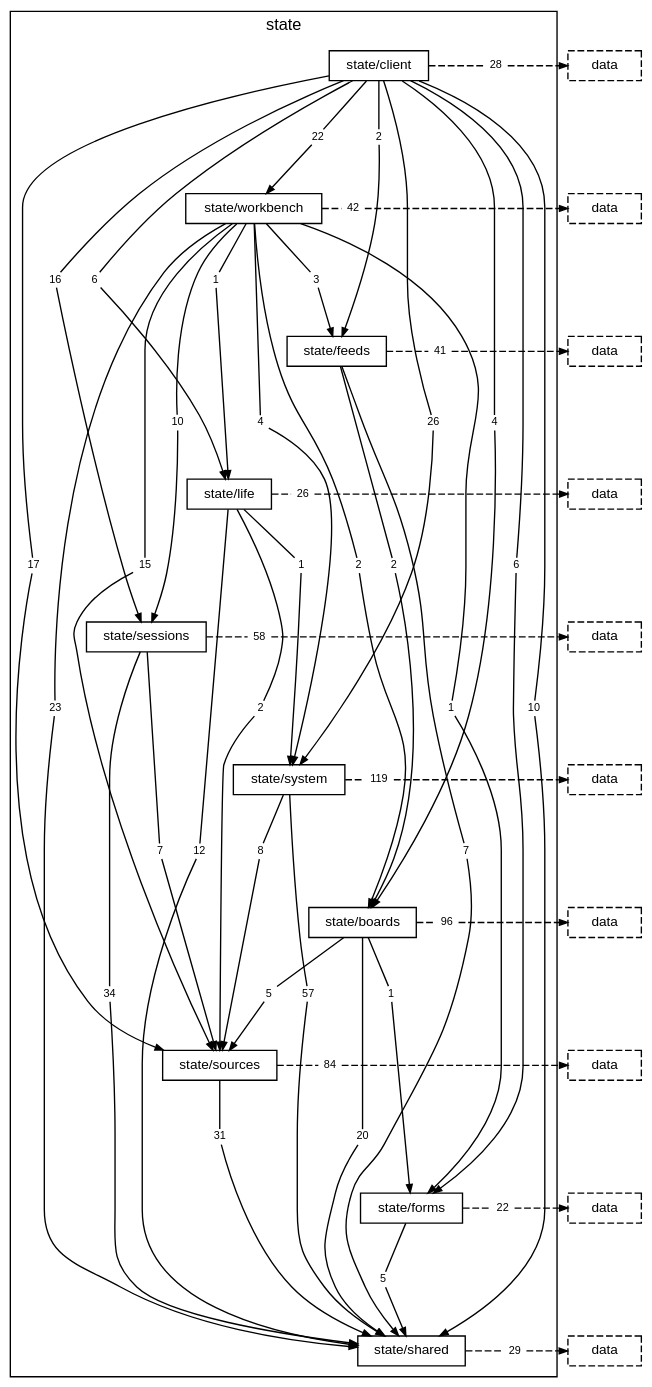
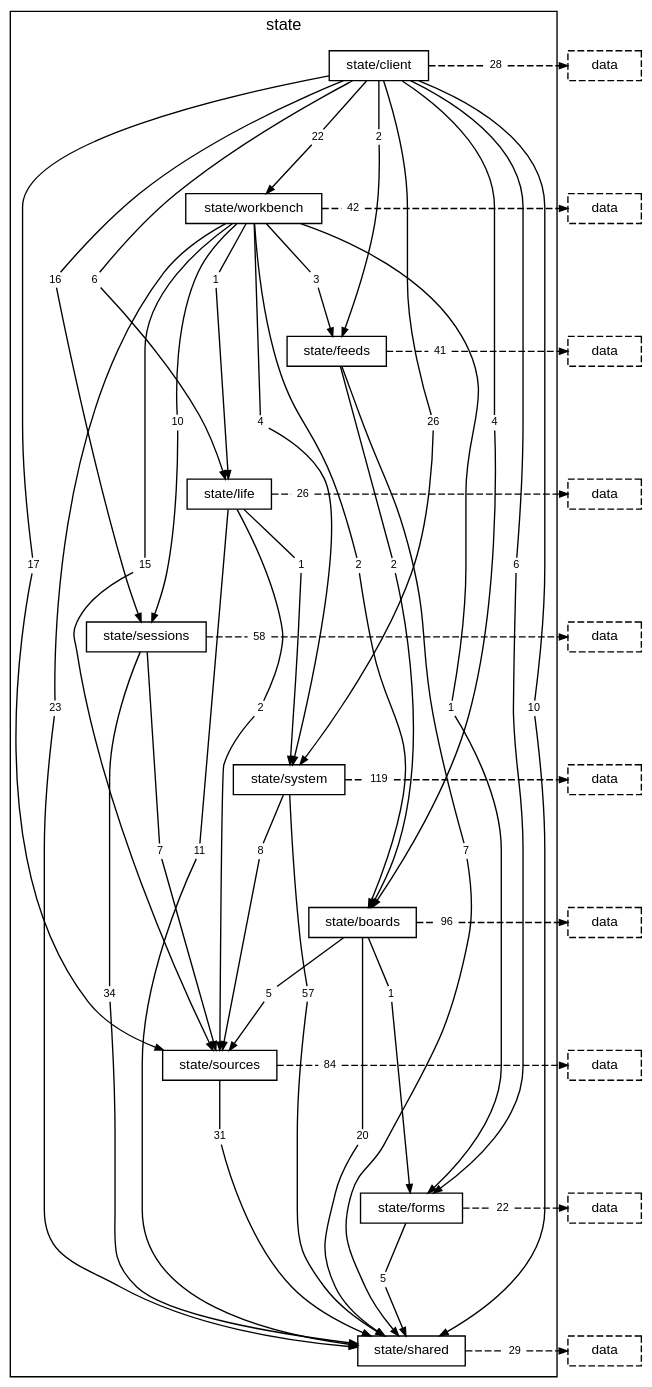
Before and after one commit to TheAxeC/oculus: the diagram in docs/diagrams/layer-state.dot, drawn with Graphviz. The commit also changed 56 other files, not shown here.

```diff
--- a/docs/diagrams/layer-state.dot
+++ b/docs/diagrams/layer-state.dot
@@ -36,7 +36,7 @@
         "folder state/feeds to folder state/boards" [label="2", shape=box, color="transparent", fontsize=8, width=0, height=0, margin="0.04,0.02"];
         "folder state/feeds to folder state/shared" [label="7", shape=box, color="transparent", fontsize=8, width=0, height=0, margin="0.04,0.02"];
         "folder state/feeds to layer data" [label="41", shape=box, color="transparent", fontsize=8, width=0, height=0, margin="0.04,0.02"];
-        "folder state/life to folder state/shared" [label="12", shape=box, color="transparent", fontsize=8, width=0, height=0, margin="0.04,0.02"];
+        "folder state/life to folder state/shared" [label="11", shape=box, color="transparent", fontsize=8, width=0, height=0, margin="0.04,0.02"];
         "folder state/life to folder state/sources" [label="2", shape=box, color="transparent", fontsize=8, width=0, height=0, margin="0.04,0.02"];
         "folder state/life to folder state/system" [label="1", shape=box, color="transparent", fontsize=8, width=0, height=0, margin="0.04,0.02"];
         "folder state/life to layer data" [label="26", shape=box, color="transparent", fontsize=8, width=0, height=0, margin="0.04,0.02"];
```
